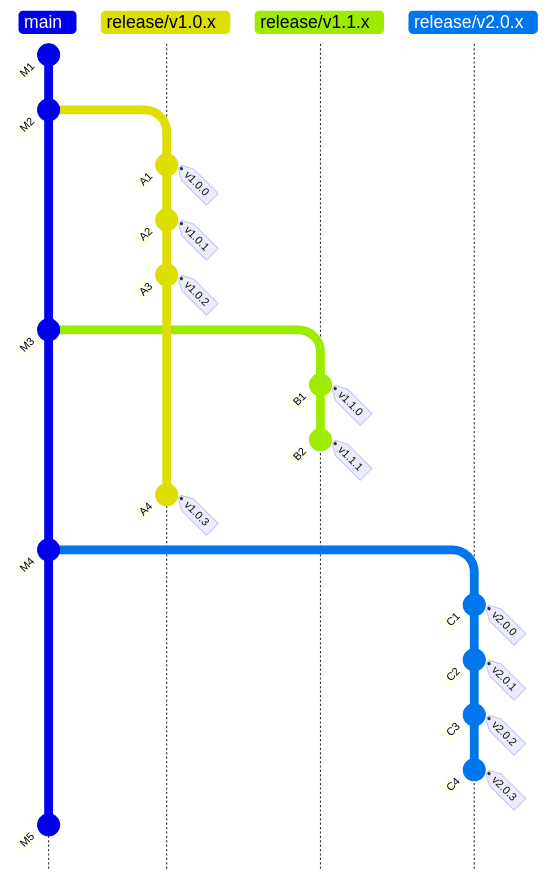
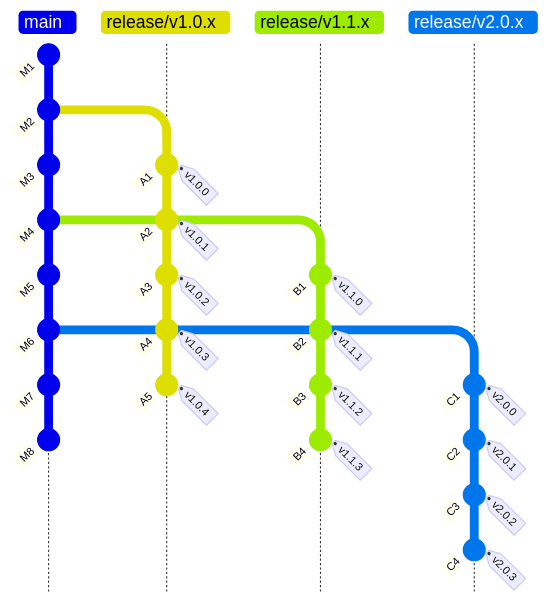
One commit to CosmWasm/maintainers changed the second of 3 diagrams in docs/development/development-process.md. Above: the diagram before and after it, drawn with Mermaid.

````diff
--- a/docs/development/development-process.md
+++ b/docs/development/development-process.md
@@ -35,25 +35,36 @@
 ```mermaid
+---
+config:
+  gitGraph:
+    parallelCommits: true
+---
 gitGraph TB:
        commit id:"M1"
        commit id:"M2"
        branch release/v1.0.x
        commit id:"A1" tag:"v1.0.0"
        commit id:"A2" tag:"v1.0.1"
-       commit id:"A3" tag:"v1.0.2"
        checkout main
        commit id:"M3"
+       commit id:"M4"
        branch release/v1.1.x
        commit id:"B1" tag:"v1.1.0"
        commit id:"B2" tag:"v1.1.1"
+       commit id:"B3" tag:"v1.1.2"
+       commit id:"B4" tag:"v1.1.3"
        checkout release/v1.0.x
+       commit id:"A3" tag:"v1.0.2"
        commit id:"A4" tag:"v1.0.3"
+       commit id:"A5" tag:"v1.0.4"
        checkout main
-       commit id:"M4"
+       commit id:"M5"
+       commit id:"M6"
        branch release/v2.0.x
        commit id:"C1" tag:"v2.0.0"
        commit id:"C2" tag:"v2.0.1"
        commit id:"C3" tag:"v2.0.2"
        commit id:"C4" tag:"v2.0.3"
        checkout main
-       commit id:"M5"
+       commit id:"M7"
+       commit id:"M8"
 ```
````
